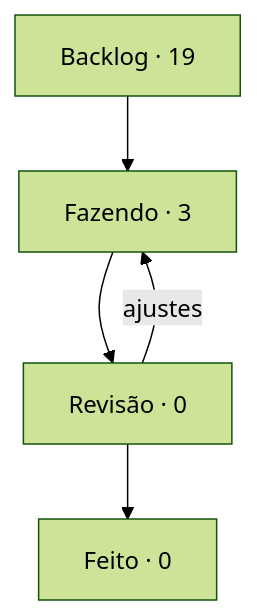
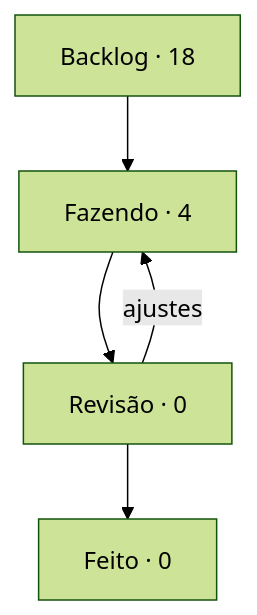
One commit to StudioVibi/VibiKanban changed the diagram in boards/dungeon-bend/BOARD.md. Above: the diagram before and after it, drawn with Mermaid (forest theme). The commit also changed other lines of this file and 1 other file, not shown here.

Commit message:
board: DB-23 Backlog → Fazendo (@ilymeiib)

````diff
--- a/boards/dungeon-bend/BOARD.md
+++ b/boards/dungeon-bend/BOARD.md
@@ -5,10 +5,10 @@
 ```mermaid
 flowchart TD
-  backlog["Backlog · 19"] --> doing["Fazendo · 3"]
+  backlog["Backlog · 18"] --> doing["Fazendo · 4"]
   doing --> review["Revisão · 0"]
   review --> done["Feito · 0"]
   review -->|ajustes| doing
   doing:::blue
   review:::yellow
   done:::green
 ```
````
